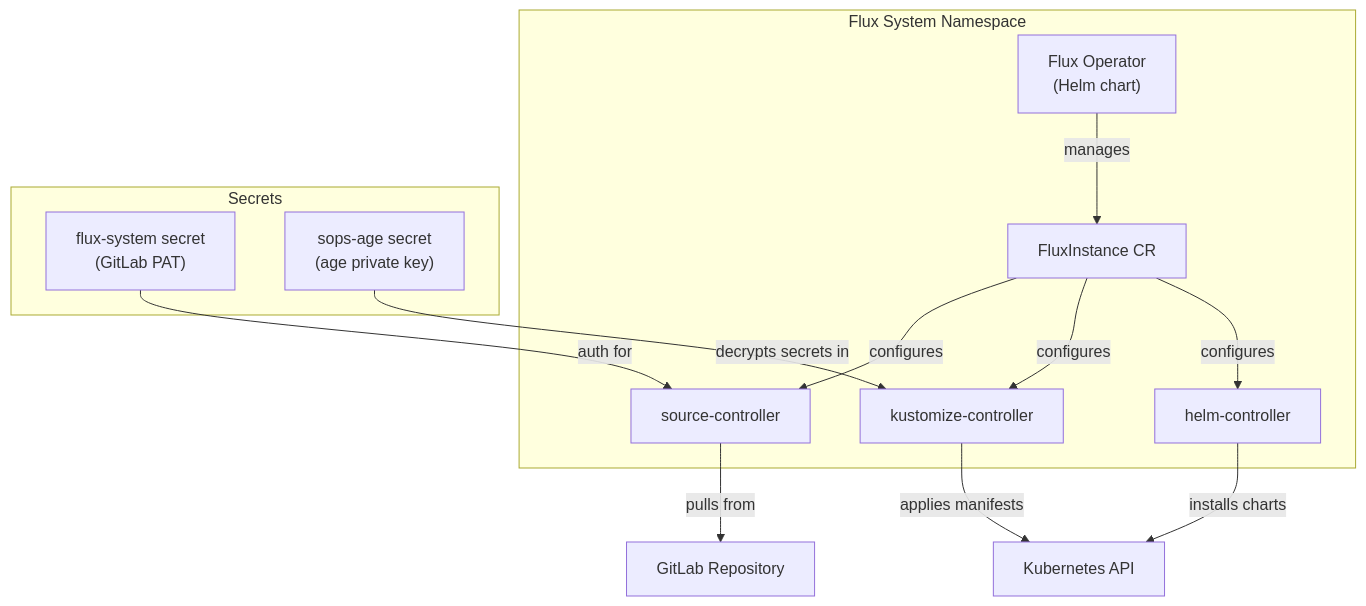
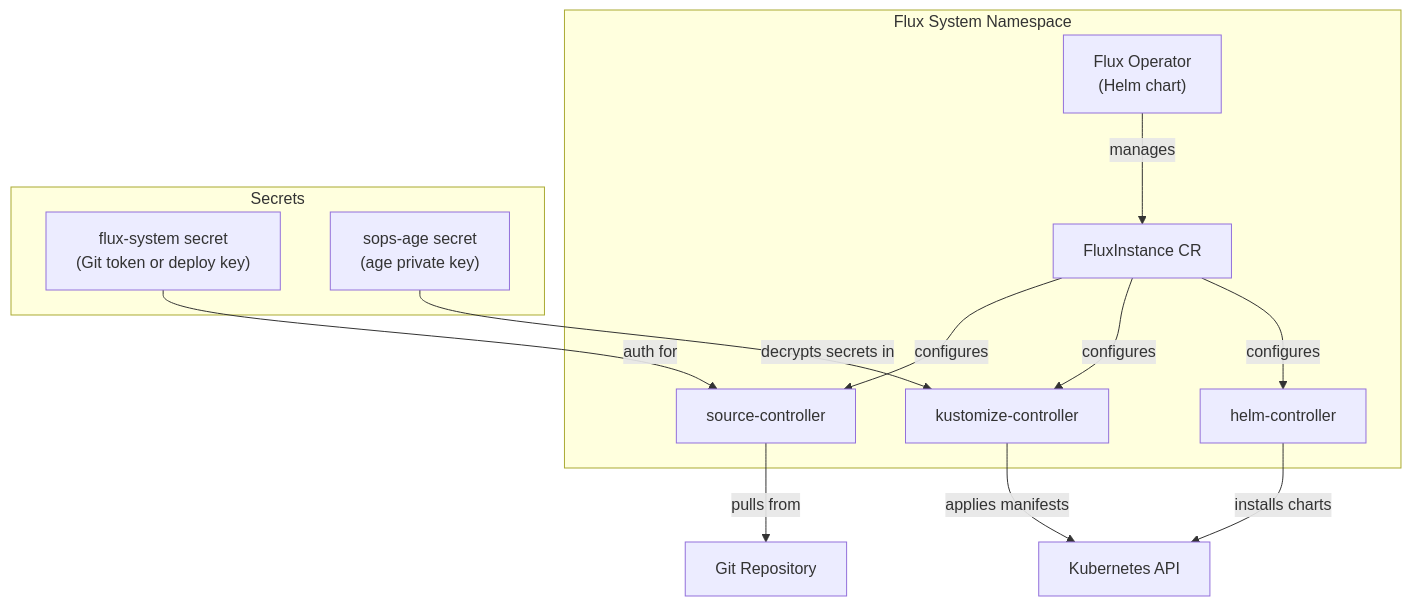
Before and after one commit to GitOpsAI/gitops-ai-bootstrapper: the fourth of 4 diagrams in docs/architecture.md, drawn with Mermaid. The commit also changed other lines of this file and 24 other files, not shown here.

````diff
--- a/docs/architecture.md
+++ b/docs/architecture.md
@@ -114,27 +140,27 @@
 ```mermaid
 graph TD
     subgraph controlPlane [Flux System Namespace]
         Operator["Flux Operator<br/>(Helm chart)"]
         Instance["FluxInstance CR"]
         Source["source-controller"]
         Kustomize["kustomize-controller"]
         HelmCtrl["helm-controller"]
     end
 
     subgraph secrets [Secrets]
-        GitSecret["flux-system secret<br/>(GitLab PAT)"]
+        GitSecret["flux-system secret<br/>(Git token or deploy key)"]
         SOPSSecret["sops-age secret<br/>(age private key)"]
     end
 
-    GitRepo["GitLab Repository"]
+    GitRepo["Git Repository"]
 
     Operator -->|"manages"| Instance
     Instance -->|"configures"| Source
     Instance -->|"configures"| Kustomize
     Instance -->|"configures"| HelmCtrl
     Source -->|"pulls from"| GitRepo
     GitSecret -->|"auth for"| Source
     SOPSSecret -->|"decrypts secrets in"| Kustomize
     Kustomize -->|"applies manifests"| K8sAPI["Kubernetes API"]
     HelmCtrl -->|"installs charts"| K8sAPI
 ```
````
